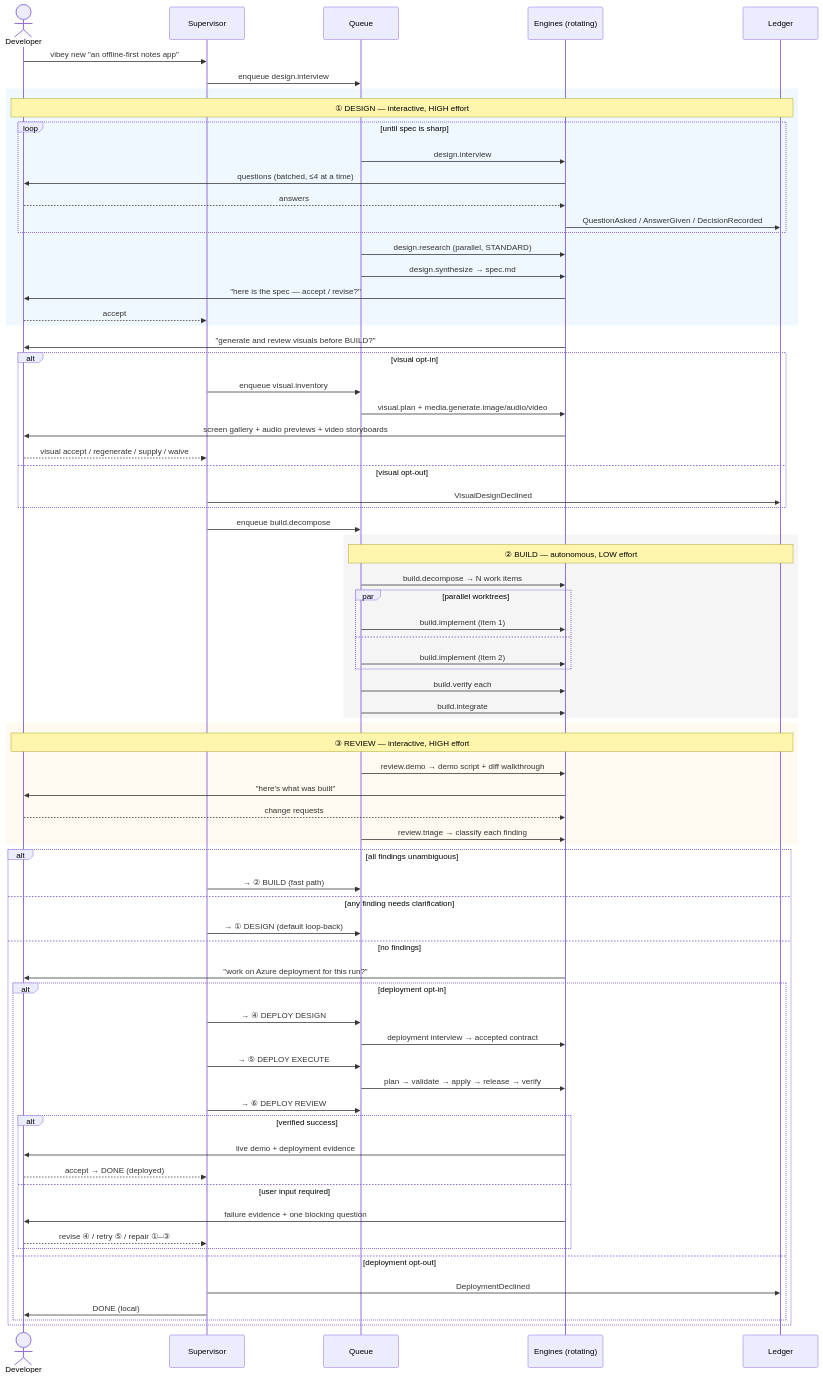
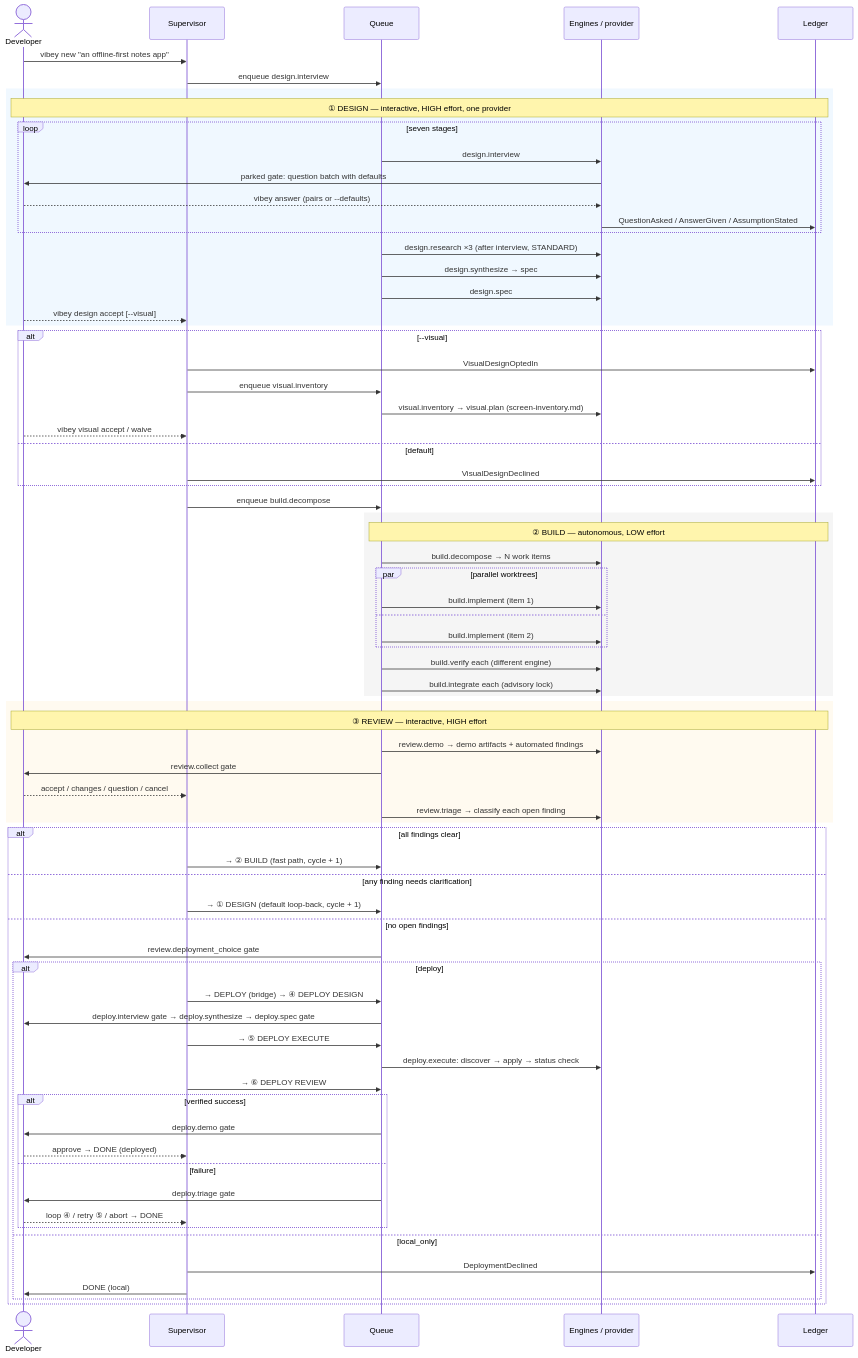
The first of 2 diagrams in docs/plans/phase-protocols.md (adammatthewsteinberger/vibey), drawn with Mermaid before and after one commit. The commit also changed other lines of this file and 8 other files, not shown here.

````diff
--- a/docs/plans/phase-protocols.md
+++ b/docs/plans/phase-protocols.md
@@ -11,76 +22,75 @@
 ```mermaid
 sequenceDiagram
     actor U as Developer
     participant S as Supervisor
     participant Q as Queue
-    participant E as Engines (rotating)
+    participant E as Engines / provider
     participant L as Ledger
 
     U->>S: vibey new "an offline-first notes app"
     S->>Q: enqueue design.interview
     rect rgb(240, 248, 255)
-        Note over U,L: ① DESIGN — interactive, HIGH effort
-        loop until spec is sharp
+        Note over U,L: ① DESIGN — interactive, HIGH effort, one provider
+        loop seven stages
             Q->>E: design.interview
-            E->>U: questions (batched, ≤4 at a time)
-            U-->>E: answers
-            E->>L: QuestionAsked / AnswerGiven / DecisionRecorded
+            E->>U: parked gate: question batch with defaults
+            U-->>E: vibey answer (pairs or --defaults)
+            E->>L: QuestionAsked / AnswerGiven / AssumptionStated
         end
-        Q->>E: design.research (parallel, STANDARD)
-        Q->>E: design.synthesize → spec.md
-        E->>U: "here is the spec — accept / revise?"
-        U-->>S: accept
+        Q->>E: design.research ×3 (after interview, STANDARD)
+        Q->>E: design.synthesize → spec
+        Q->>E: design.spec
+        U-->>S: vibey design accept [--visual]
     end
-    E->>U: "generate and review visuals before BUILD?"
-    alt visual opt-in
+    alt --visual
+        S->>L: VisualDesignOptedIn
         S->>Q: enqueue visual.inventory
-        Q->>E: visual.plan + media.generate.image/audio/video
-        E->>U: screen gallery + audio previews + video storyboards
-        U-->>S: visual accept / regenerate / supply / waive
-    else visual opt-out
+        Q->>E: visual.inventory → visual.plan (screen-inventory.md)
+        U-->>S: vibey visual accept / waive
+    else default
         S->>L: VisualDesignDeclined
     end
     S->>Q: enqueue build.decompose
     rect rgb(245, 245, 245)
         Note over Q,L: ② BUILD — autonomous, LOW effort
         Q->>E: build.decompose → N work items
         par parallel worktrees
             Q->>E: build.implement (item 1)
         and
             Q->>E: build.implement (item 2)
         end
-        Q->>E: build.verify each
-        Q->>E: build.integrate
+        Q->>E: build.verify each (different engine)
+        Q->>E: build.integrate each (advisory lock)
     end
     rect rgb(255, 250, 240)
         Note over U,L: ③ REVIEW — interactive, HIGH effort
-        Q->>E: review.demo → demo script + diff walkthrough
-        E->>U: "here's what was built"
-        U-->>E: change requests
-        Q->>E: review.triage → classify each finding
+        Q->>E: review.demo → demo artifacts + automated findings
+        Q->>U: review.collect gate
+        U-->>S: accept / changes / question / cancel
+        Q->>E: review.triage → classify each open finding
     end
-    alt all findings unambiguous
-        S->>Q: → ② BUILD (fast path)
+    alt all findings clear
+        S->>Q: → ② BUILD (fast path, cycle + 1)
     else any finding needs clarification
-        S->>Q: → ① DESIGN (default loop-back)
-    else no findings
-        E->>U: "work on Azure deployment for this run?"
-        alt deployment opt-in
-            S->>Q: → ④ DEPLOY DESIGN
-            Q->>E: deployment interview → accepted contract
+        S->>Q: → ① DESIGN (default loop-back, cycle + 1)
+    else no open findings
+        Q->>U: review.deployment_choice gate
+        alt deploy
+            S->>Q: → DEPLOY (bridge) → ④ DEPLOY DESIGN
+            Q->>U: deploy.interview gate → deploy.synthesize → deploy.spec gate
             S->>Q: → ⑤ DEPLOY EXECUTE
-            Q->>E: plan → validate → apply → release → verify
+            Q->>E: deploy.execute: discover → apply → status check
             S->>Q: → ⑥ DEPLOY REVIEW
             alt verified success
-                E->>U: live demo + deployment evidence
-                U-->>S: accept → DONE (deployed)
-            else user input required
-                E->>U: failure evidence + one blocking question
-                U-->>S: revise ④ / retry ⑤ / repair ①–③
+                Q->>U: deploy.demo gate
+                U-->>S: approve → DONE (deployed)
+            else failure
+                Q->>U: deploy.triage gate
+                U-->>S: loop ④ / retry ⑤ / abort → DONE
             end
-        else deployment opt-out
+        else local_only
             S->>L: DeploymentDeclined
             S->>U: DONE (local)
         end
     end
 ```
````
